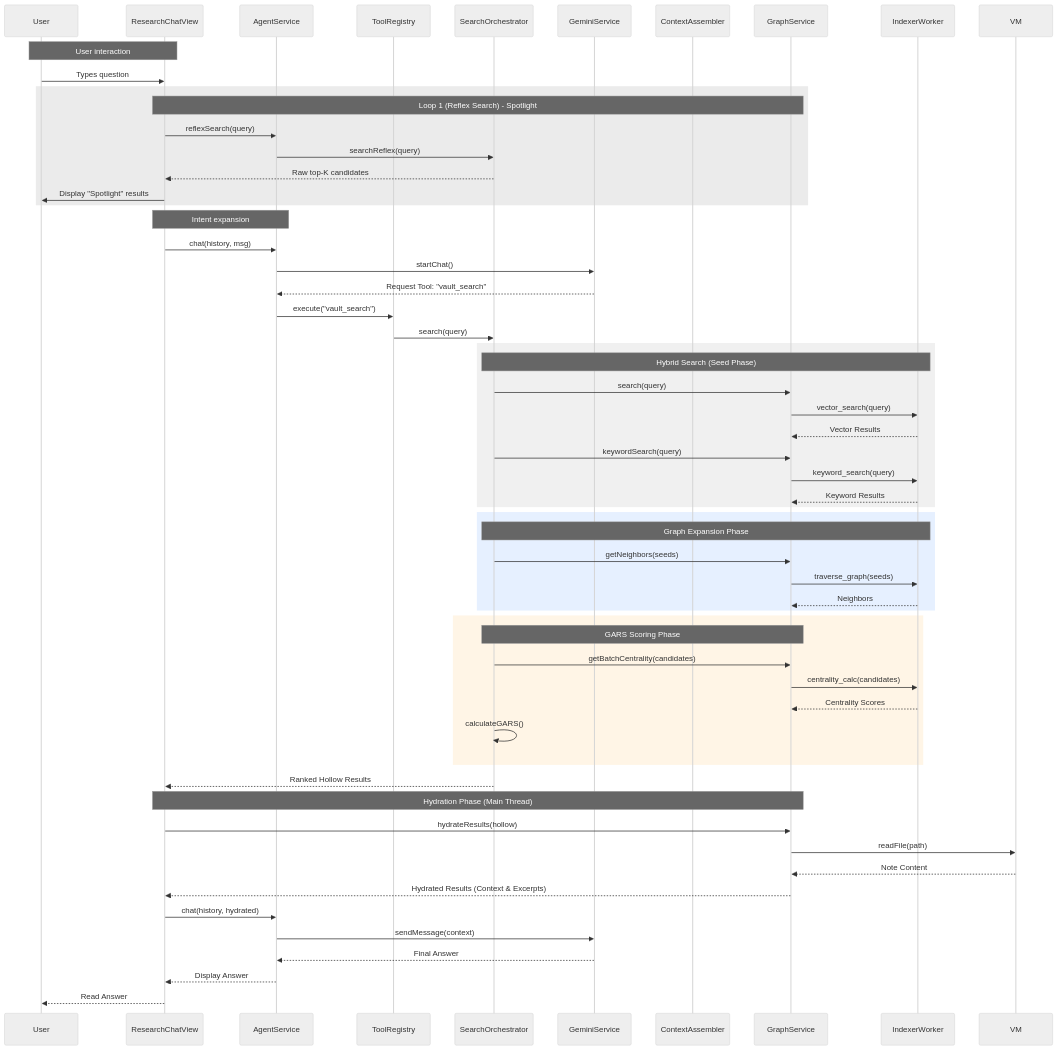
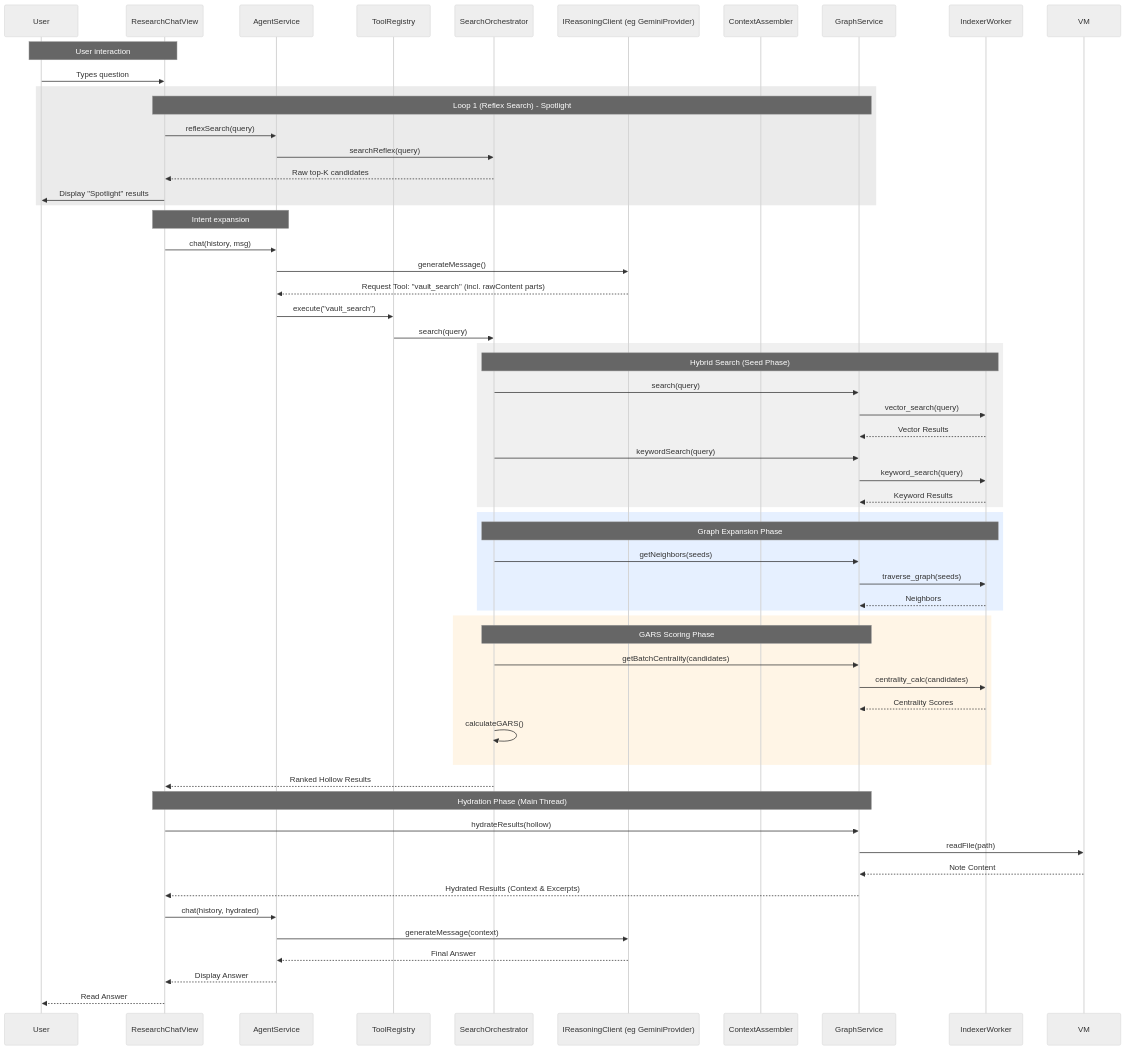
Before and after one commit to cybaea/obsidian-vault-intelligence: the third of 8 diagrams in devs/ARCHITECTURE.md, drawn with Mermaid (neutral theme). The commit also changed other lines of this file and 26 other files, not shown here.

````diff
--- a/devs/ARCHITECTURE.md
+++ b/devs/ARCHITECTURE.md
@@ -141,68 +141,68 @@
 ```mermaid
 sequenceDiagram
     participant U as User
     participant V as ResearchChatView
     participant A as AgentService
     participant TR as ToolRegistry
     participant S as SearchOrchestrator
-    participant G as GeminiService
+    participant RC as IReasoningClient (eg GeminiProvider)
     participant CA as ContextAssembler
     participant GS as GraphService
     participant IW as IndexerWorker
 
     Note over U,V: User interaction
     U->>V: Types question
     
     rect rgb(235, 235, 235)
     Note over V,GS: Loop 1 (Reflex Search) - Spotlight
     V->>A: reflexSearch(query)
     A->>S: searchReflex(query)
     S-->>V: Raw top-K candidates
     V->>U: Display "Spotlight" results
     end
 
     Note over V,A: Intent expansion
     V->>A: chat(history, msg)
-    A->>G: startChat()
-    G-->>A: Request Tool: "vault_search"
+    A->>RC: generateMessage()
+    RC-->>A: Request Tool: "vault_search" (incl. rawContent parts)
     A->>TR: execute("vault_search")
     TR->>S: search(query)
 
     rect rgb(240, 240, 240)
     Note over S,IW: Hybrid Search (Seed Phase)
     S->>GS: search(query)
     GS->>IW: vector_search(query)
     IW-->>GS: Vector Results
     S->>GS: keywordSearch(query)
     GS->>IW: keyword_search(query)
     IW-->>GS: Keyword Results
     end
 
     rect rgb(230, 240, 255)
     Note over S,IW: Graph Expansion Phase
     S->>GS: getNeighbors(seeds)
     GS->>IW: traverse_graph(seeds)
     IW-->>GS: Neighbors
     end
  
     rect rgb(255, 245, 230)
     Note over S,GS: GARS Scoring Phase
     S->>GS: getBatchCentrality(candidates)
     GS->>IW: centrality_calc(candidates)
     IW-->>GS: Centrality Scores
     S->>S: calculateGARS()
     end
  
     S-->>V: Ranked Hollow Results
     Note over V,GS: Hydration Phase (Main Thread)
     V->>GS: hydrateResults(hollow)
     GS->>VM: readFile(path)
     VM-->>GS: Note Content
     GS-->>V: Hydrated Results (Context & Excerpts)
     
     V->>A: chat(history, hydrated)
-    A->>G: sendMessage(context)
-    G-->>A: Final Answer
+    A->>RC: generateMessage(context)
+    RC-->>A: Final Answer
     A-->>V: Display Answer
     V-->>U: Read Answer
 ```
````
